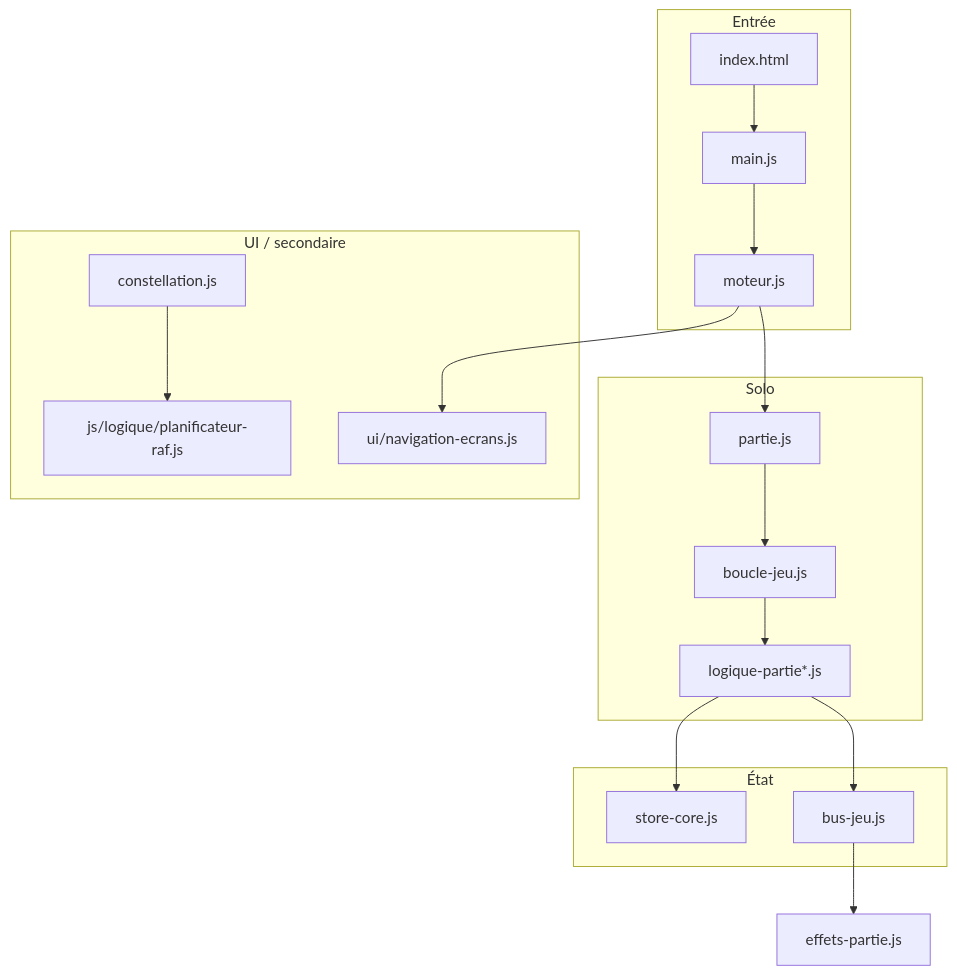
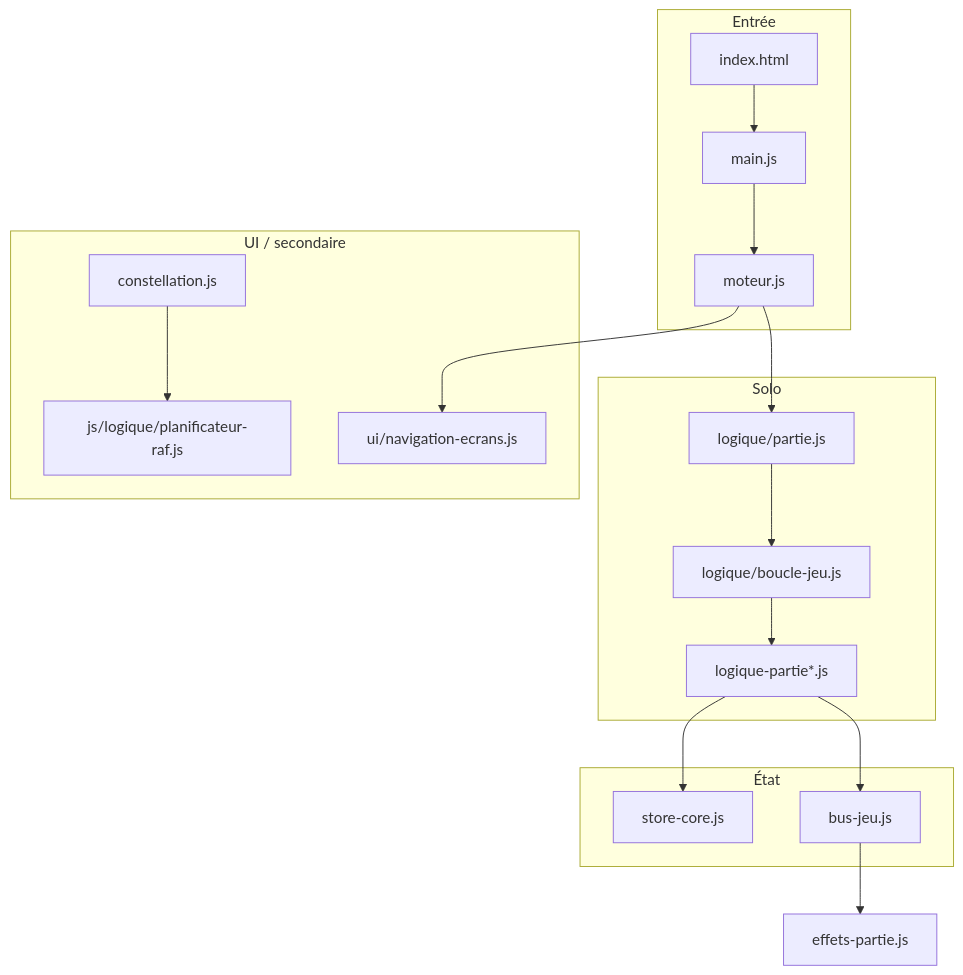
The diagram in docs/architecture.md (Jackavery1/Derni-re-ligne), drawn with Mermaid before and after one commit. The commit also changed other lines of this file and 128 other files, not shown here.

````diff
--- a/docs/architecture.md
+++ b/docs/architecture.md
@@ -100,35 +110,35 @@
 ```mermaid
 flowchart TB
     subgraph entree [Entrée]
         index[index.html]
         main[main.js]
         moteur[moteur.js]
     end
 
     subgraph etat [État]
         store[store-core.js]
         bus[bus-jeu.js]
     end
 
     subgraph solo [Solo]
-        partie[partie.js]
-        boucle[boucle-jeu.js]
+        partie[logique/partie.js]
+        boucle[logique/boucle-jeu.js]
         logique[logique-partie*.js]
     end
 
     subgraph ui [UI / secondaire]
         nav[ui/navigation-ecrans.js]
         raf[js/logique/planificateur-raf.js]
         constellation[constellation.js]
     end
 
     index --> main --> moteur
     moteur --> nav
     moteur --> partie
     partie --> boucle
     boucle --> logique
     logique --> store
     logique --> bus
     bus --> effets[effets-partie.js]
     constellation --> raf
 ```
````
